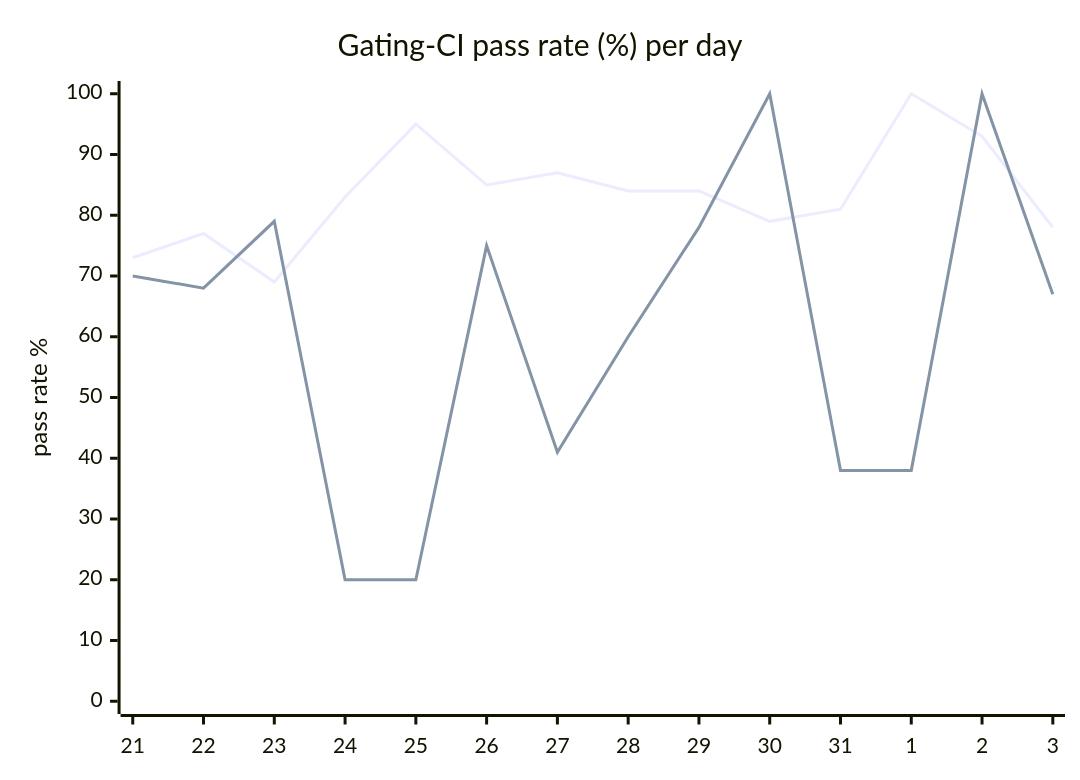
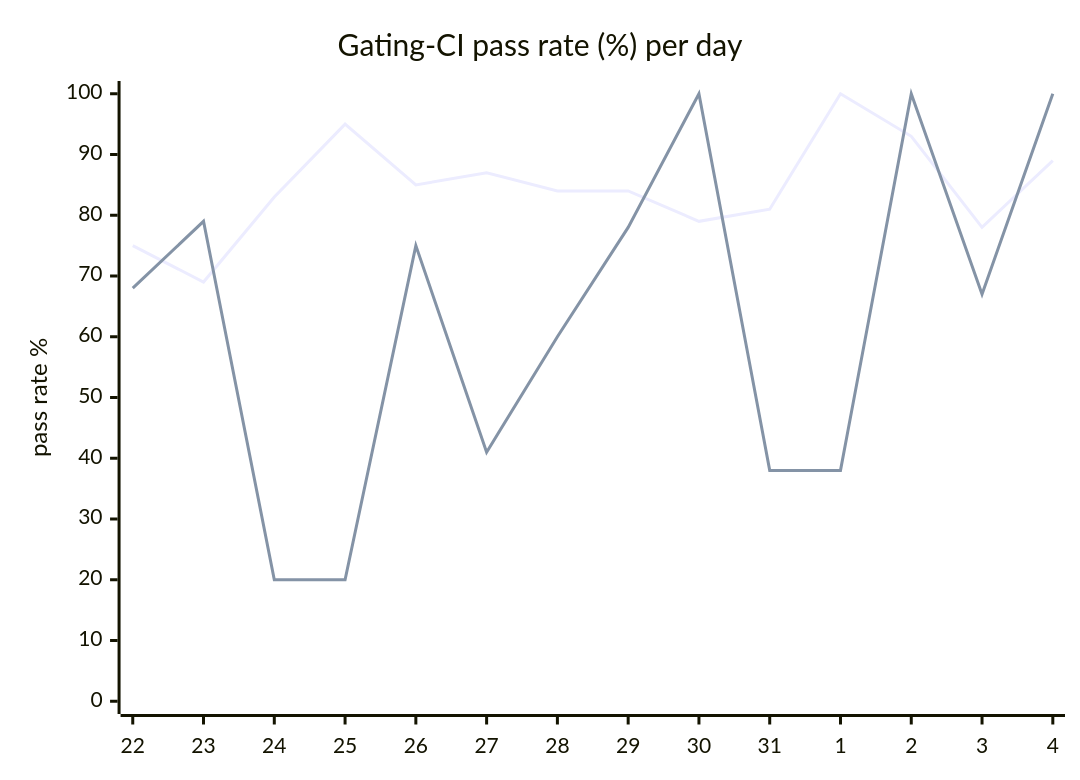
Before and after one commit to hatchet-dev/hatchet: the diagram in hack/ci/ci-dashboard/staging/issue.md, drawn with Mermaid. The commit also changed other lines of this file, not shown here.

````diff
--- a/hack/ci/ci-dashboard/staging/issue.md
+++ b/hack/ci/ci-dashboard/staging/issue.md
@@ -9,8 +9,8 @@
 ```mermaid
 xychart-beta
   title "Gating-CI pass rate (%) per day"
-  x-axis [21, 22, 23, 24, 25, 26, 27, 28, 29, 30, 31, 1, 2, 3]
+  x-axis [22, 23, 24, 25, 26, 27, 28, 29, 30, 31, 1, 2, 3, 4]
   y-axis "pass rate %" 0 --> 100
-  line "CI" [73, 77, 69, 83, 95, 85, 87, 84, 84, 79, 81, 100, 93, 78]
-  line "main" [70, 68, 79, 20, 20, 75, 41, 60, 78, 100, 38, 38, 100, 67]
+  line "CI" [75, 69, 83, 95, 85, 87, 84, 84, 79, 81, 100, 93, 78, 89]
+  line "main" [68, 79, 20, 20, 75, 41, 60, 78, 100, 38, 38, 100, 67, 100]
 ```
````
